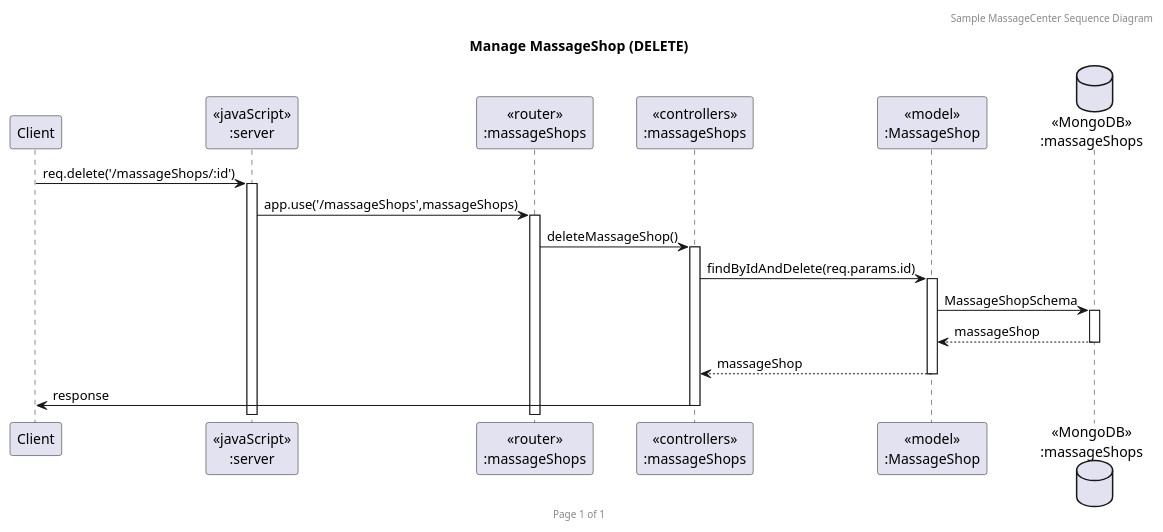
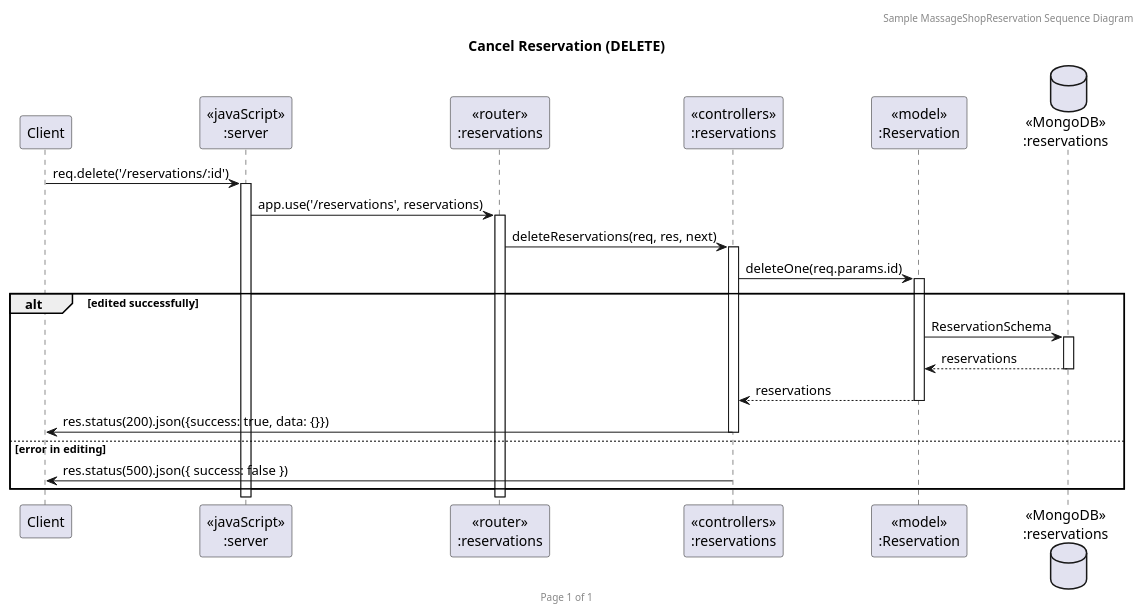
One commit to 2110503TACEDT66/presentation-day-1-dale-mai-mi-chip changed the diagram in sequence_diagram/delete.puml. Above: the diagram before and after it, drawn with PlantUML. The commit also changed 4 other files, not shown here.

```diff
--- a/sequence_diagram/delete.puml
+++ b/sequence_diagram/delete.puml
@@ -1,23 +1,28 @@
-@startuml Manage MassageShop (DELETE)
+@startuml Delete Reservations (DELETE)
 
-header Sample MassageCenter Sequence Diagram
+header Sample MassageShopReservation Sequence Diagram
 footer Page %page% of %lastpage%
-title "Manage MassageShop (DELETE)"
+title "Cancel Reservation (DELETE)"
 
 participant "Client" as client
 participant "<<javaScript>>\n:server" as server
-participant "<<router>>\n:massageShops" as routerMassageShops
-participant "<<controllers>>\n:massageShops" as controllersMassageShops
-participant "<<model>>\n:MassageShop" as modelMassageShop
-database "<<MongoDB>>\n:massageShops" as MassageShopsDatabase
+participant "<<router>>\n:reservations" as routerReservation
+participant "<<controllers>>\n:reservations" as controllersReservation
+participant "<<model>>\n:Reservation" as modelReservation
+database "<<MongoDB>>\n:reservations" as ReservationDatabase
 
-client->server ++:req.delete('/massageShops/:id')
-server->routerMassageShops ++:app.use('/massageShops',massageShops)
-routerMassageShops -> controllersMassageShops ++:deleteMassageShop()
-controllersMassageShops->modelMassageShop ++:findByIdAndDelete(req.params.id)
-modelMassageShop ->MassageShopsDatabase ++: MassageShopSchema
-MassageShopsDatabase --> modelMassageShop --: massageShop
-controllersMassageShops <-- modelMassageShop --: massageShop
-controllersMassageShops ->client --:response
 
+client->server ++:req.delete('/reservations/:id')
+server->routerReservation ++:app.use('/reservations', reservations)
+routerReservation -> controllersReservation ++: deleteReservations(req, res, next)
+controllersReservation->modelReservation ++: deleteOne(req.params.id)
+
+alt edited successfully
+ modelReservation ->ReservationDatabase ++: ReservationSchema
+  ReservationDatabase --> modelReservation --: reservations
+  controllersReservation <-- modelReservation --: reservations
+  controllersReservation->client --: res.status(200).json({success: true, data: {}})
+else error in editing
+  controllersReservation->client --: res.status(500).json({ success: false })
+end
 @enduml
```
